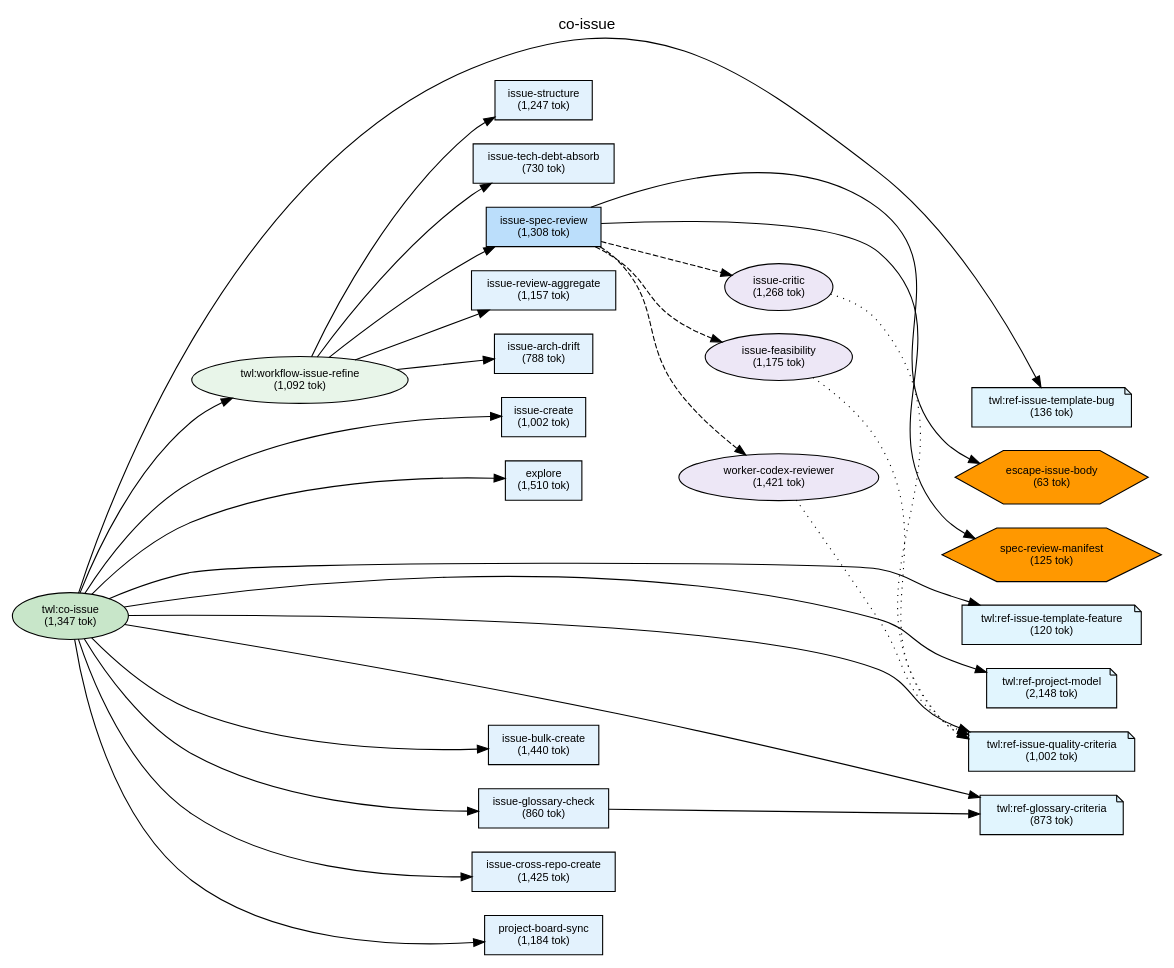
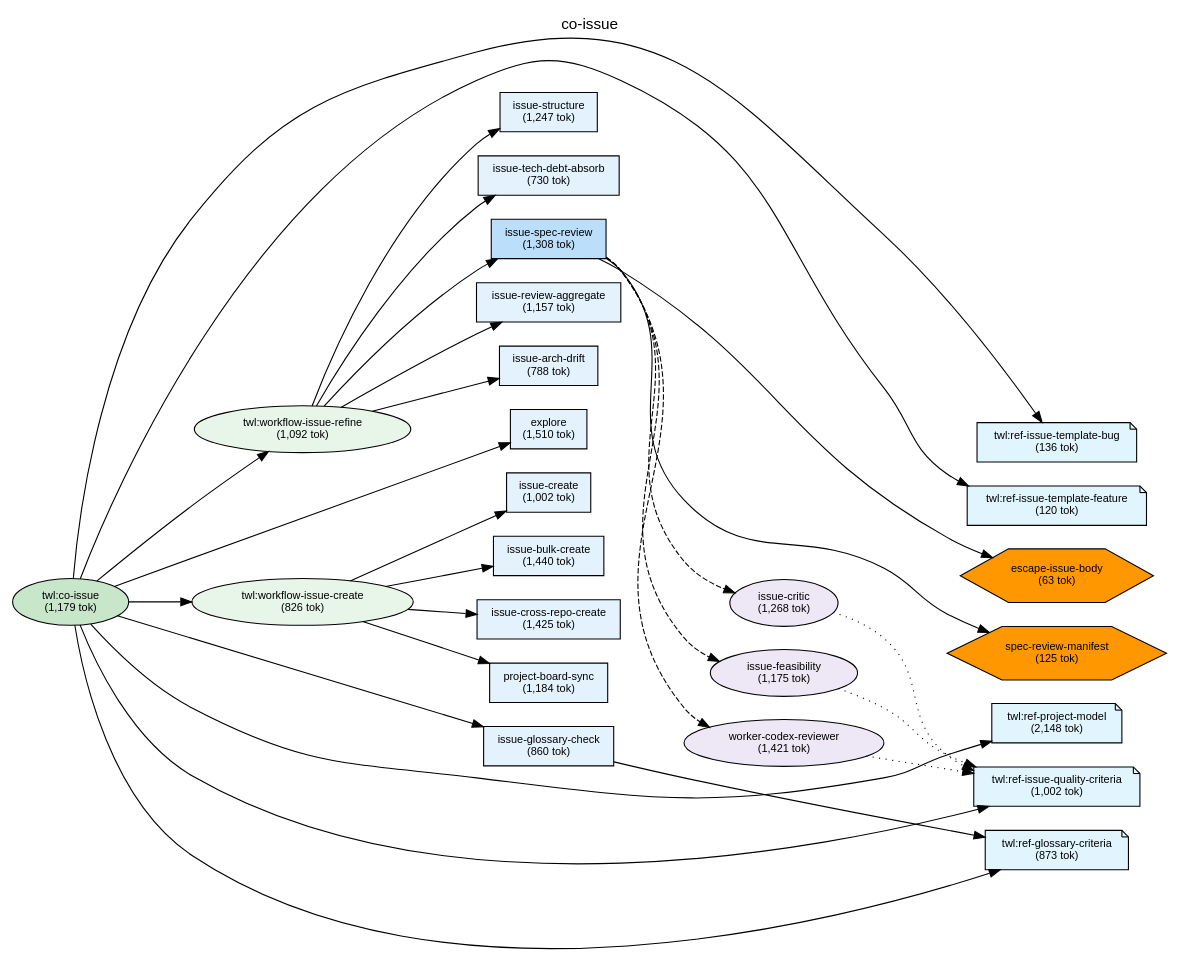
The diagram in plugins/twl/docs/deps-co-issue.dot (shuu5/twill), drawn with Graphviz before and after one commit. The commit also changed 20 other files, not shown here.

First line of the commit message:
feat(twl): co-issue Phase 4 を workflow-issue-create に分離 (#242)

```diff
--- a/plugins/twl/docs/deps-co-issue.dot
+++ b/plugins/twl/docs/deps-co-issue.dot
@@ -1,111 +1,113 @@
 digraph Dependencies {
     // Graph settings
     rankdir=LR;
     ranksep=0.8;
     nodesep=0.3;
     fontname="Helvetica";
     node [fontname="Helvetica", fontsize=10];
     edge [fontname="Helvetica", fontsize=9];
     label="co-issue";
     labelloc=t;
     fontsize=14;
 
     // L0: Controller Skills
-    skill_co_issue [label="twl:co-issue\n(1,347 tok)", shape=ellipse, style=filled, fillcolor="#c8e6c9"];
+    skill_co_issue [label="twl:co-issue\n(1,179 tok)", shape=ellipse, style=filled, fillcolor="#c8e6c9"];
 
     // L0: Launchers
 
     // L0.5: Workflow Skills
     skill_workflow_issue_refine [label="twl:workflow-issue-refine\n(1,092 tok)", shape=ellipse, style=filled, fillcolor="#e8f5e9"];
+    skill_workflow_issue_create [label="twl:workflow-issue-create\n(826 tok)", shape=ellipse, style=filled, fillcolor="#e8f5e9"];
 
     // Reference Skills
     skill_ref_issue_template_bug [label="twl:ref-issue-template-bug\n(136 tok)", shape=note, style=filled, fillcolor="#e1f5fe"];
     skill_ref_issue_template_feature [label="twl:ref-issue-template-feature\n(120 tok)", shape=note, style=filled, fillcolor="#e1f5fe"];
     skill_ref_project_model [label="twl:ref-project-model\n(2,148 tok)", shape=note, style=filled, fillcolor="#e1f5fe"];
     skill_ref_issue_quality_criteria [label="twl:ref-issue-quality-criteria\n(1,002 tok)", shape=note, style=filled, fillcolor="#e1f5fe"];
     skill_ref_glossary_criteria [label="twl:ref-glossary-criteria\n(873 tok)", shape=note, style=filled, fillcolor="#e1f5fe"];
 
     // L1: Direct Commands
     cmd_issue_structure [label="issue-structure\n(1,247 tok)", shape=box, style=filled, fillcolor="#e3f2fd"];
     cmd_issue_create [label="issue-create\n(1,002 tok)", shape=box, style=filled, fillcolor="#e3f2fd"];
     cmd_issue_bulk_create [label="issue-bulk-create\n(1,440 tok)", shape=box, style=filled, fillcolor="#e3f2fd"];
     cmd_issue_tech_debt_absorb [label="issue-tech-debt-absorb\n(730 tok)", shape=box, style=filled, fillcolor="#e3f2fd"];
     cmd_issue_spec_review [label="issue-spec-review\n(1,308 tok)", shape=box, style=filled, fillcolor="#bbdefb"];
     cmd_issue_review_aggregate [label="issue-review-aggregate\n(1,157 tok)", shape=box, style=filled, fillcolor="#e3f2fd"];
     cmd_issue_glossary_check [label="issue-glossary-check\n(860 tok)", shape=box, style=filled, fillcolor="#e3f2fd"];
     cmd_issue_arch_drift [label="issue-arch-drift\n(788 tok)", shape=box, style=filled, fillcolor="#e3f2fd"];
     cmd_issue_cross_repo_create [label="issue-cross-repo-create\n(1,425 tok)", shape=box, style=filled, fillcolor="#e3f2fd"];
     cmd_project_board_sync [label="project-board-sync\n(1,184 tok)", shape=box, style=filled, fillcolor="#e3f2fd"];
     cmd_explore [label="explore\n(1,510 tok)", shape=box, style=filled, fillcolor="#e3f2fd"];
 
     // L2: Sub Commands
 
     // L3: Agents
     agent_issue_critic [label="issue-critic\n(1,268 tok)", shape=ellipse, style=filled, fillcolor="#ede7f6"];
     agent_issue_feasibility [label="issue-feasibility\n(1,175 tok)", shape=ellipse, style=filled, fillcolor="#ede7f6"];
     agent_worker_codex_reviewer [label="worker-codex-reviewer\n(1,421 tok)", shape=ellipse, style=filled, fillcolor="#ede7f6"];
 
     // L3.5: Scripts
     script_escape_issue_body [label="escape-issue-body\n(63 tok)", shape=hexagon, style=filled, fillcolor="#FF9800"];
     script_spec_review_manifest [label="spec-review-manifest\n(125 tok)", shape=hexagon, style=filled, fillcolor="#FF9800"];
 
     // L4: External
 
     // Layer constraints
     { rank=same; skill_co_issue; }
-    { rank=same; skill_workflow_issue_refine; }
+    { rank=same; skill_workflow_issue_refine; skill_workflow_issue_create; }
     { rank=same; skill_ref_issue_template_bug; skill_ref_issue_template_feature; skill_ref_project_model; skill_ref_issue_quality_criteria; skill_ref_glossary_criteria; }
     { rank=same; cmd_issue_structure; cmd_issue_create; cmd_issue_bulk_create; cmd_issue_tech_debt_absorb; cmd_issue_spec_review; cmd_issue_review_aggregate; cmd_issue_glossary_check; cmd_issue_arch_drift; cmd_issue_cross_repo_create; cmd_project_board_sync; cmd_explore; }
     { rank=same; agent_issue_critic; agent_issue_feasibility; agent_worker_codex_reviewer; }
     { rank=same; script_escape_issue_body; script_spec_review_manifest; }
 
     // Edges
     skill_co_issue -> cmd_explore;
     skill_co_issue -> skill_workflow_issue_refine;
-    skill_co_issue -> cmd_issue_create;
-    skill_co_issue -> cmd_issue_bulk_create;
+    skill_co_issue -> skill_workflow_issue_create;
     skill_co_issue -> cmd_issue_glossary_check;
-    skill_co_issue -> cmd_issue_cross_repo_create;
-    skill_co_issue -> cmd_project_board_sync;
     skill_co_issue -> skill_ref_issue_template_bug;
     skill_co_issue -> skill_ref_issue_template_feature;
     skill_co_issue -> skill_ref_project_model;
     skill_co_issue -> skill_ref_issue_quality_criteria;
     skill_co_issue -> skill_ref_glossary_criteria;
     skill_workflow_issue_refine -> cmd_issue_structure;
     skill_workflow_issue_refine -> cmd_issue_tech_debt_absorb;
     skill_workflow_issue_refine -> cmd_issue_spec_review;
     skill_workflow_issue_refine -> cmd_issue_review_aggregate;
     skill_workflow_issue_refine -> cmd_issue_arch_drift;
+    skill_workflow_issue_create -> cmd_issue_create;
+    skill_workflow_issue_create -> cmd_issue_bulk_create;
+    skill_workflow_issue_create -> cmd_issue_cross_repo_create;
+    skill_workflow_issue_create -> cmd_project_board_sync;
     cmd_issue_spec_review -> agent_issue_critic [style=dashed];
     cmd_issue_spec_review -> agent_issue_feasibility [style=dashed];
     cmd_issue_spec_review -> agent_worker_codex_reviewer [style=dashed];
     cmd_issue_spec_review -> script_escape_issue_body;
     cmd_issue_spec_review -> script_spec_review_manifest;
     cmd_issue_glossary_check -> skill_ref_glossary_criteria;
     agent_issue_critic -> skill_ref_issue_quality_criteria [style=dotted];
     agent_issue_feasibility -> skill_ref_issue_quality_criteria [style=dotted];
     agent_worker_codex_reviewer -> skill_ref_issue_quality_criteria [style=dotted];
 
     // Ordering constraints (invisible edges)
     cmd_explore -> skill_workflow_issue_refine [style=invis, weight=10];
-    skill_workflow_issue_refine -> cmd_issue_create [style=invis, weight=10];
-    cmd_issue_create -> cmd_issue_bulk_create [style=invis, weight=10];
-    cmd_issue_bulk_create -> cmd_issue_glossary_check [style=invis, weight=10];
-    cmd_issue_glossary_check -> cmd_issue_cross_repo_create [style=invis, weight=10];
-    cmd_issue_cross_repo_create -> cmd_project_board_sync [style=invis, weight=10];
-    cmd_project_board_sync -> skill_ref_issue_template_bug [style=invis, weight=10];
+    skill_workflow_issue_refine -> skill_workflow_issue_create [style=invis, weight=10];
+    skill_workflow_issue_create -> cmd_issue_glossary_check [style=invis, weight=10];
+    cmd_issue_glossary_check -> skill_ref_issue_template_bug [style=invis, weight=10];
     skill_ref_issue_template_bug -> skill_ref_issue_template_feature [style=invis, weight=10];
     skill_ref_issue_template_feature -> skill_ref_project_model [style=invis, weight=10];
     skill_ref_project_model -> skill_ref_issue_quality_criteria [style=invis, weight=10];
     skill_ref_issue_quality_criteria -> skill_ref_glossary_criteria [style=invis, weight=10];
     cmd_issue_structure -> cmd_issue_tech_debt_absorb [style=invis, weight=10];
     cmd_issue_tech_debt_absorb -> cmd_issue_spec_review [style=invis, weight=10];
     cmd_issue_spec_review -> cmd_issue_review_aggregate [style=invis, weight=10];
     cmd_issue_review_aggregate -> cmd_issue_arch_drift [style=invis, weight=10];
+    cmd_issue_create -> cmd_issue_bulk_create [style=invis, weight=10];
+    cmd_issue_bulk_create -> cmd_issue_cross_repo_create [style=invis, weight=10];
+    cmd_issue_cross_repo_create -> cmd_project_board_sync [style=invis, weight=10];
     agent_issue_critic -> agent_issue_feasibility [style=invis, weight=10];
     agent_issue_feasibility -> agent_worker_codex_reviewer [style=invis, weight=10];
     agent_worker_codex_reviewer -> script_escape_issue_body [style=invis, weight=10];
     script_escape_issue_body -> script_spec_review_manifest [style=invis, weight=10];
 
 }
```
